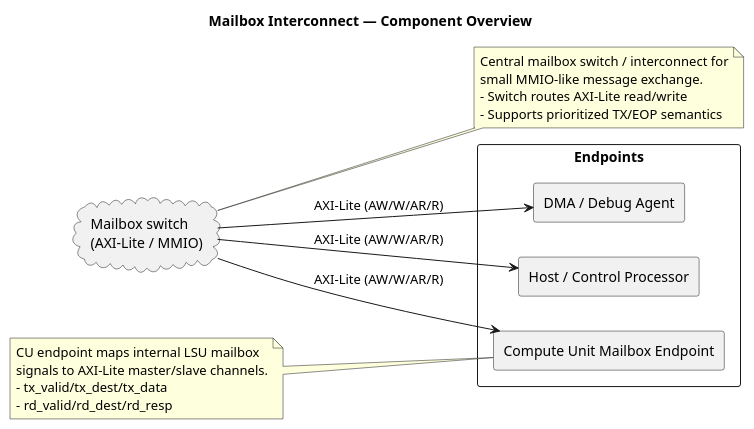
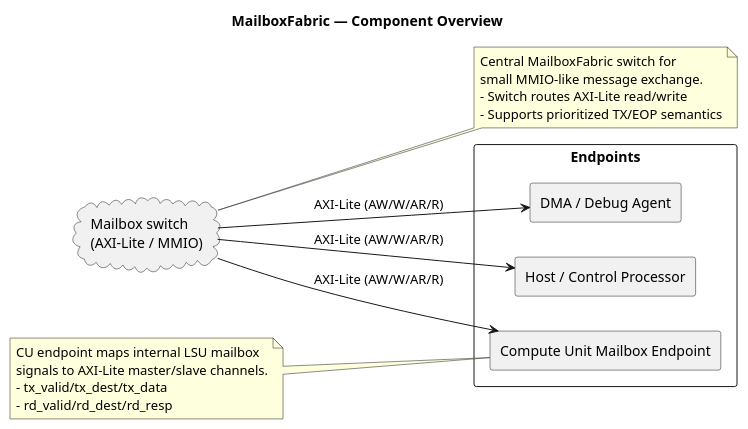
The diagram in docs/diagrams/mailbox_interconnect.puml (TianruiBai/TinyGPU-FPGA), drawn with PlantUML before and after one commit. The commit also changed 8 other files, not shown here.

First line of the commit message:
Refactor Mailbox Interconnect to MailboxFabric and update related documentation

```diff
--- a/docs/diagrams/mailbox_interconnect.puml
+++ b/docs/diagrams/mailbox_interconnect.puml
@@ -1,34 +1,34 @@
 @startuml
-title Mailbox Interconnect — Component Overview
+title MailboxFabric — Component Overview
 
 left to right direction
 skinparam componentStyle rectangle
 skinparam packageStyle rectangle
 
 cloud "Mailbox switch\n(AXI-Lite / MMIO)" as SWITCH
 
 package "Endpoints" {
   [Compute Unit Mailbox Endpoint] as CU_MB
   [Host / Control Processor] as HOST_MB
   [DMA / Debug Agent] as DBG_MB
 }
 
 SWITCH --> CU_MB : AXI-Lite (AW/W/AR/R)
 SWITCH --> HOST_MB : AXI-Lite (AW/W/AR/R)
 SWITCH --> DBG_MB : AXI-Lite (AW/W/AR/R)
 
 note right of SWITCH
-Central mailbox switch / interconnect for
+Central MailboxFabric switch for
 small MMIO-like message exchange.
 - Switch routes AXI-Lite read/write
 - Supports prioritized TX/EOP semantics
 end note
 
 note left of CU_MB
 CU endpoint maps internal LSU mailbox
 signals to AXI-Lite master/slave channels.
 - tx_valid/tx_dest/tx_data
 - rd_valid/rd_dest/rd_resp
 end note
 
 @enduml
```
